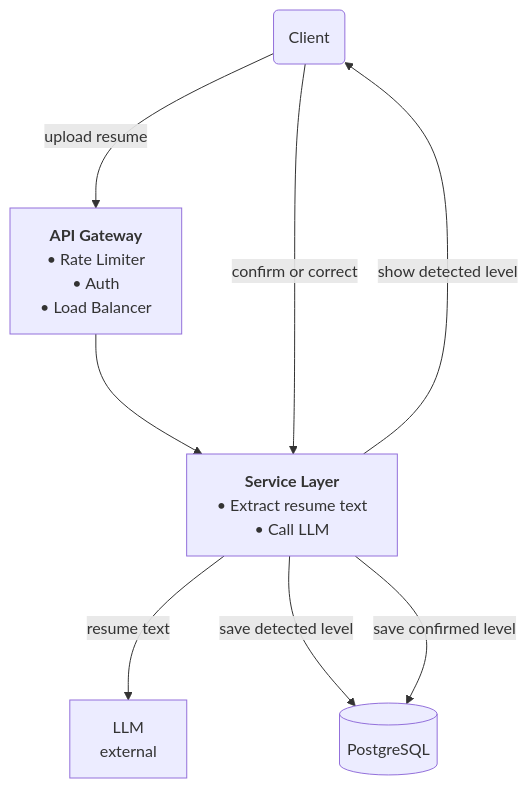
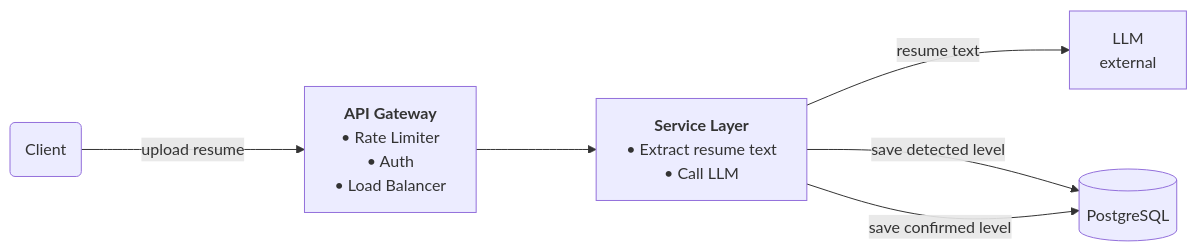
One commit to shivam-tamboli/GrillMyProject changed the second of 4 diagrams in SYSTEM_DESIGN.md. Above: the diagram before and after it, drawn with Mermaid.

Commit message:
fix diagram 2 — LR direction, one way flow, better spacing

````diff
--- a/SYSTEM_DESIGN.md
+++ b/SYSTEM_DESIGN.md
@@ -340,17 +340,15 @@
 ```mermaid
 %%{init: {'flowchart': {'nodeSpacing': 80, 'rankSpacing': 120}}}%%
-flowchart TD
+flowchart LR
     Client(Client)
     GW["<b>API Gateway</b><br/>• Rate Limiter<br/>• Auth<br/>• Load Balancer"]
     SVC["<b>Service Layer</b><br/>• Extract resume text<br/>• Call LLM"]
     LLM["LLM<br/>external"]
     PG[(PostgreSQL)]
 
     Client -->|upload resume| GW
     GW --> SVC
     SVC -->|resume text| LLM
     SVC -->|save detected level| PG
-    SVC -->|show detected level| Client
-    Client -->|confirm or correct| SVC
     SVC -->|save confirmed level| PG
 ```
````
